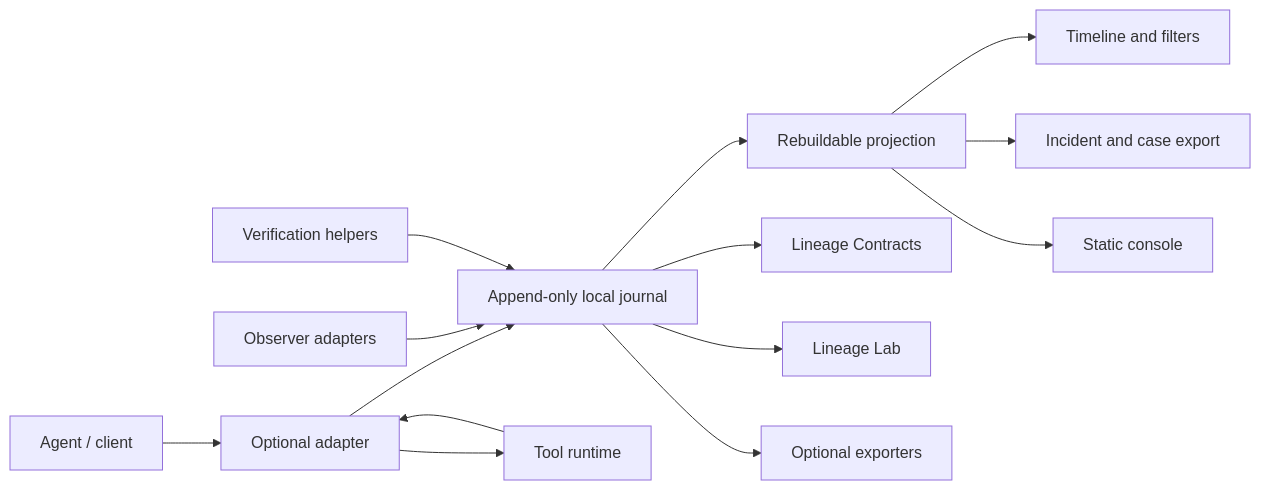
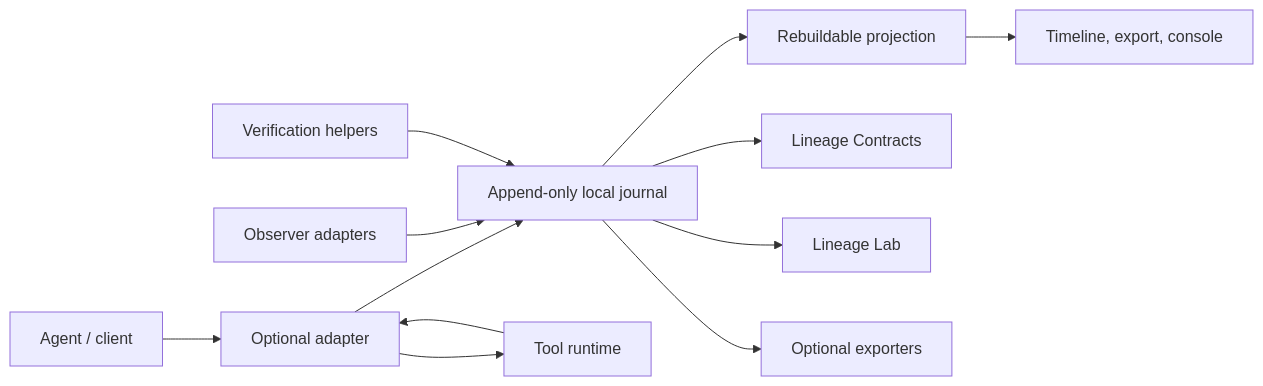
Before and after one commit to VectorTrace-Labs/ActionLineage: the diagram in README.md, drawn with Mermaid. The commit also changed other lines of this file and 40 other files, not shown here.

````diff
--- a/README.md
+++ b/README.md
@@ -145,16 +130,14 @@
 ```mermaid
 flowchart LR
     Client["Agent / client"] --> Adapter["Optional adapter"]
     Adapter --> Journal["Append-only local journal"]
     Adapter --> Tool["Tool runtime"]
     Tool --> Adapter
     Observer["Observer adapters"] --> Journal
     Verifier["Verification helpers"] --> Journal
     Journal --> Projection["Rebuildable projection"]
-    Projection --> Timeline["Timeline and filters"]
-    Projection --> Case["Incident and case export"]
-    Projection --> Console["Static console"]
+    Projection --> Timeline["Timeline, export, console"]
     Journal --> Contracts["Lineage Contracts"]
     Journal --> Lab["Lineage Lab"]
     Journal --> Exporters["Optional exporters"]
 ```
````
